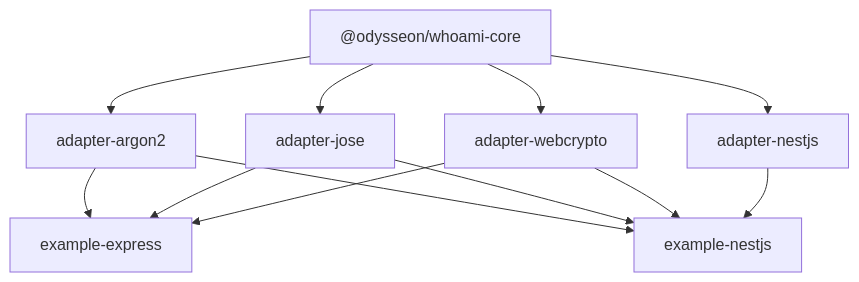
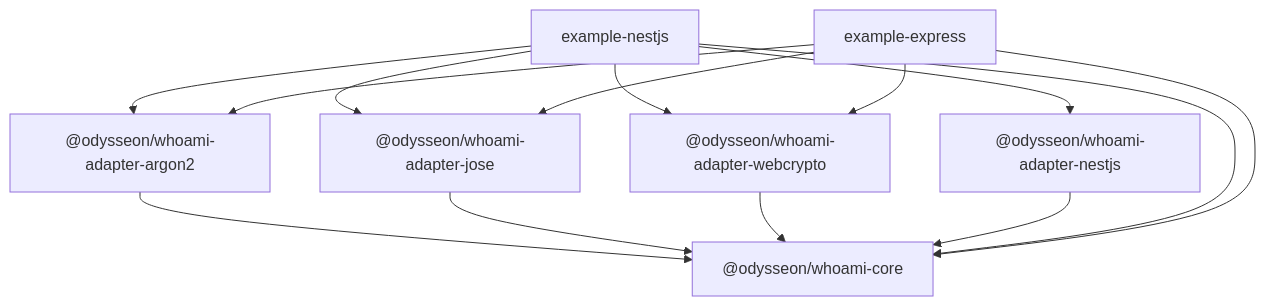
One commit to odysseon/whoami changed the diagram in packages/README.md. Above: the diagram before and after it, drawn with Mermaid. The commit also changed other lines of this file and 17 other files, not shown here.

````diff
--- a/packages/README.md
+++ b/packages/README.md
@@ -3,14 +15,20 @@
 ```mermaid
 graph TD
-    Core["@odysseon/whoami-core"] --> Argon2["adapter-argon2"]
-    Core --> Jose["adapter-jose"]
-    Core --> WebCrypto["adapter-webcrypto"]
-    Core --> NestJS["adapter-nestjs"]
-    Argon2 --> ExExpress["example-express"]
-    Jose --> ExExpress
-    WebCrypto --> ExExpress
-    Argon2 --> ExNest["example-nestjs"]
-    Jose --> ExNest
-    WebCrypto --> ExNest
-    NestJS --> ExNest
+    Core["@odysseon/whoami-core"]
+
+    Argon2["@odysseon/whoami-adapter-argon2"] --> Core
+    Jose["@odysseon/whoami-adapter-jose"] --> Core
+    WebCrypto["@odysseon/whoami-adapter-webcrypto"] --> Core
+    NestJS["@odysseon/whoami-adapter-nestjs"] --> Core
+
+    ExNest["example-nestjs"] --> Core
+    ExNest --> Argon2
+    ExNest --> Jose
+    ExNest --> WebCrypto
+    ExNest --> NestJS
+
+    ExExpress["example-express"] --> Core
+    ExExpress --> Argon2
+    ExExpress --> Jose
+    ExExpress --> WebCrypto
 ```
````
